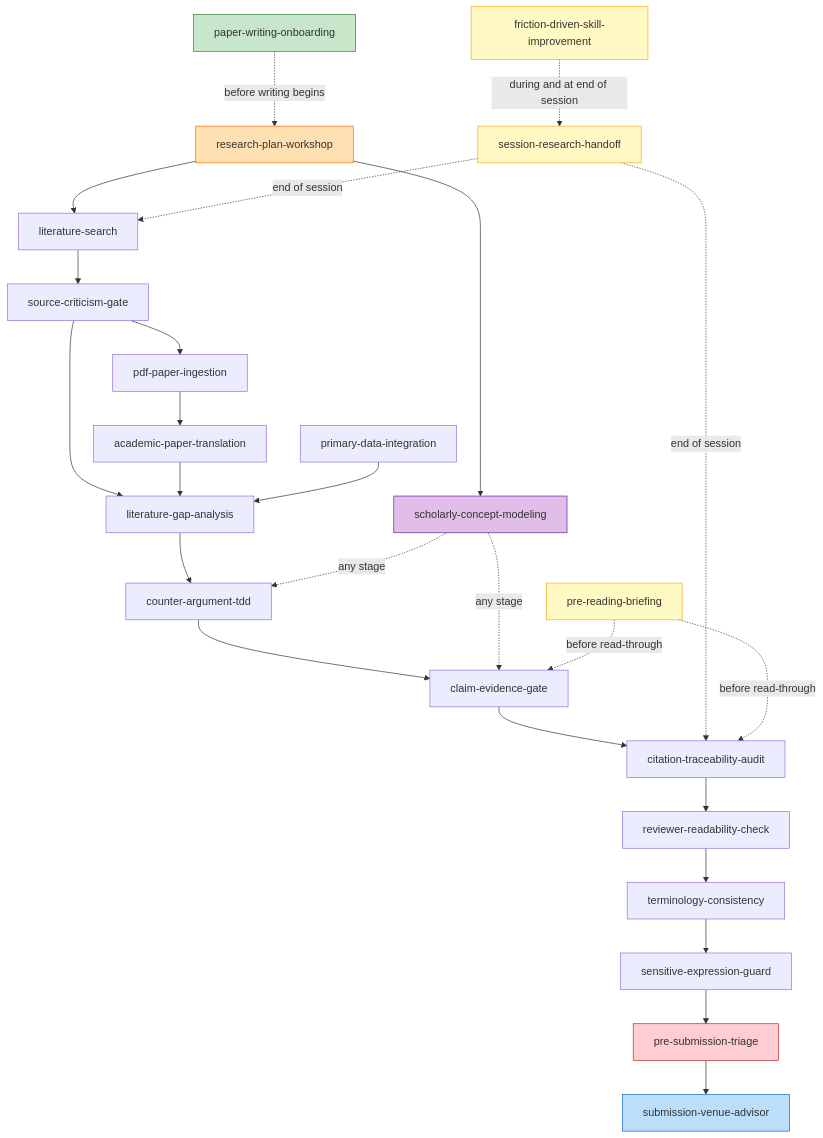
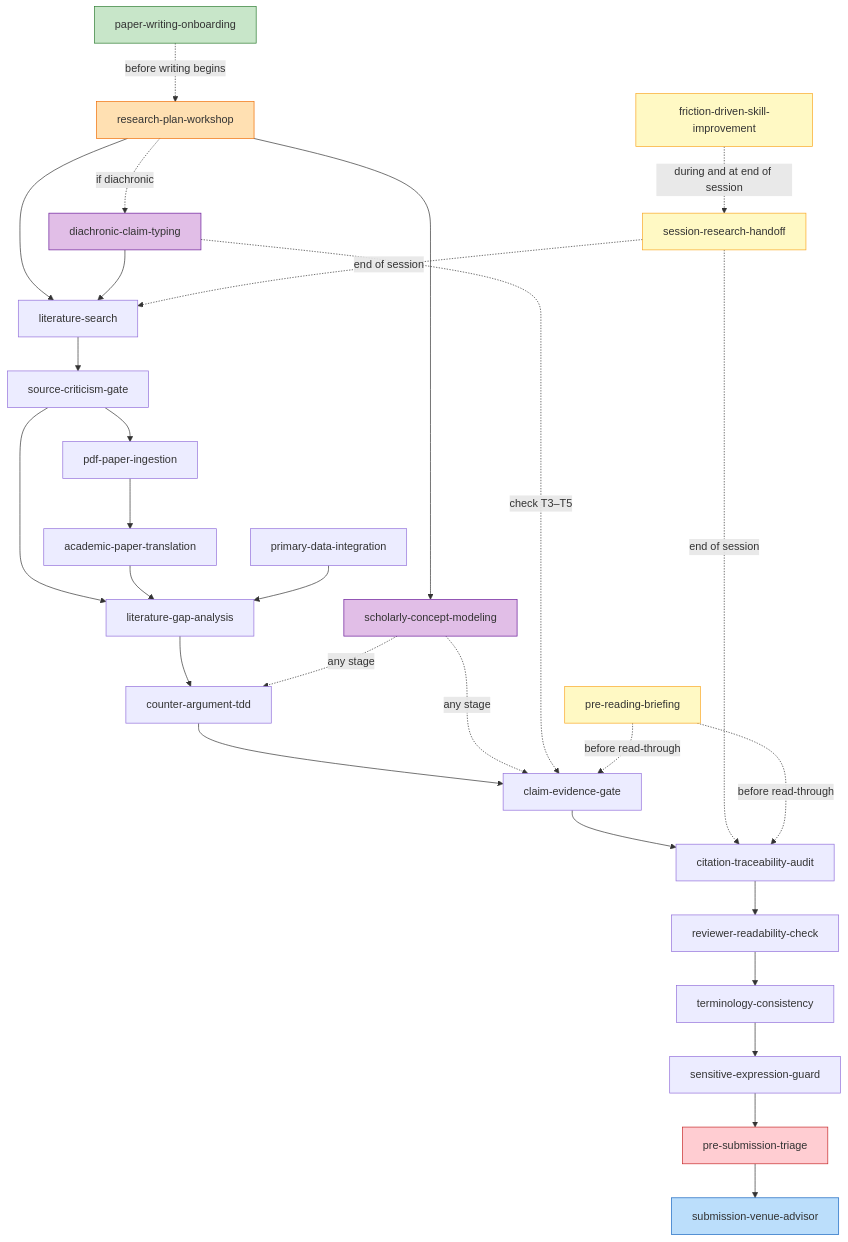
One commit to hideshi/scholarly-agent-skills changed the diagram in skills/en/README.md. Above: the diagram before and after it, drawn with Mermaid. The commit also changed other lines of this file and 20 other files, not shown here.

````diff
--- a/skills/en/README.md
+++ b/skills/en/README.md
@@ -39,37 +40,41 @@
 ```mermaid
 graph TD
     K[paper-writing-onboarding] -.->|before writing begins| RP
     RP[research-plan-workshop] --> A
     RP --> F
+    RP -.->|if diachronic| DCT[diachronic-claim-typing]
+    DCT --> A
     A[literature-search] --> SC[source-criticism-gate]
     SC --> B[pdf-paper-ingestion]
     B --> C[academic-paper-translation]
     SC --> E[literature-gap-analysis]
     C --> E
     D[primary-data-integration] --> E
     E --> G[counter-argument-tdd]
     G --> H[claim-evidence-gate]
     H --> I[citation-traceability-audit]
     I --> RR[reviewer-readability-check]
     RR --> TC[terminology-consistency]
     TC --> SE[sensitive-expression-guard]
     SE --> PT[pre-submission-triage]
     PT --> L[submission-venue-advisor]
 
     F[scholarly-concept-modeling] -.->|any stage| G
     F -.->|any stage| H
+    DCT -.->|check T3–T5| H
     J[session-research-handoff] -.->|end of session| A
     J -.->|end of session| I
     PR[pre-reading-briefing] -.->|before read-through| H
     PR -.->|before read-through| I
     FD[friction-driven-skill-improvement] -.->|during and at end of session| J
 
     style K fill:#c8e6c9,stroke:#2e7d32
     style RP fill:#ffe0b2,stroke:#ef6c00
     style F fill:#e1bee7,stroke:#6a1b9a
+    style DCT fill:#e1bee7,stroke:#6a1b9a
     style J fill:#fff9c4,stroke:#f9a825
     style PR fill:#fff9c4,stroke:#f9a825
     style FD fill:#fff9c4,stroke:#f9a825
     style PT fill:#ffcdd2,stroke:#c62828
     style L fill:#bbdefb,stroke:#1565c0
 ```
````
